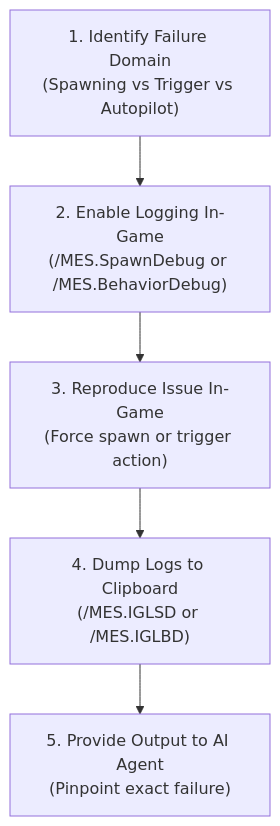
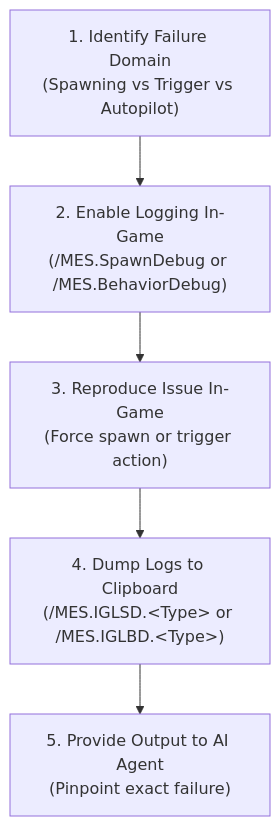
Before and after one commit to GV-Server-Mods/se-dev-mes: the diagram in references/diagnostics_and_troubleshooting.md, drawn with Mermaid. The commit also changed other lines of this file and 14 other files, not shown here.

````diff
--- a/references/diagnostics_and_troubleshooting.md
+++ b/references/diagnostics_and_troubleshooting.md
@@ -153,7 +155,7 @@
 ```mermaid
 flowchart TD
     A["1. Identify Failure Domain<br/>(Spawning vs Trigger vs Autopilot)"] --> B["2. Enable Logging In-Game<br/>(/MES.SpawnDebug or /MES.BehaviorDebug)"]
     B --> C["3. Reproduce Issue In-Game<br/>(Force spawn or trigger action)"]
-    C --> D["4. Dump Logs to Clipboard<br/>(/MES.IGLSD or /MES.IGLBD)"]
+    C --> D["4. Dump Logs to Clipboard<br/>(/MES.IGLSD.&lt;Type&gt; or /MES.IGLBD.&lt;Type&gt;)"]
     D --> E["5. Provide Output to AI Agent<br/>(Pinpoint exact failure)"]
 ```
````
